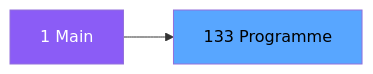
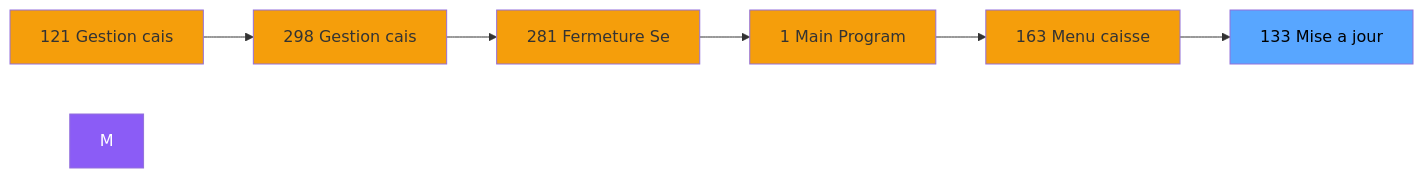
One commit to thonyAGP/magic-migration changed the second of 3 diagrams in .openspec/specs/ADH-IDE-133.md. Above: the diagram before and after it, drawn with Mermaid. The commit also changed other lines of this file and 323 other files, not shown here.

````diff
--- a/.openspec/specs/ADH-IDE-133.md
+++ b/.openspec/specs/ADH-IDE-133.md
@@ -105,8 +125,21 @@
 ```mermaid
 graph LR
-    M[1 Main]
-    T[133 Programme]
-    M --> T
+    N121[121 Gestion cais]
+    N298[298 Gestion cais]
+    N281[281 Fermeture Se]
+    N1[1 Main Program]
+    N163[163 Menu caisse ]
+    T[133 Mise a jour ]
+    N121 --> N298
+    N298 --> N281
+    N281 --> N1
+    N1 --> N163
+    N163 --> T
     style M fill:#8b5cf6,color:#fff
+    style N121 fill:#f59e0b
+    style N298 fill:#f59e0b
+    style N281 fill:#f59e0b
+    style N1 fill:#f59e0b
+    style N163 fill:#f59e0b
     style T fill:#58a6ff,color:#000
 ```
````
